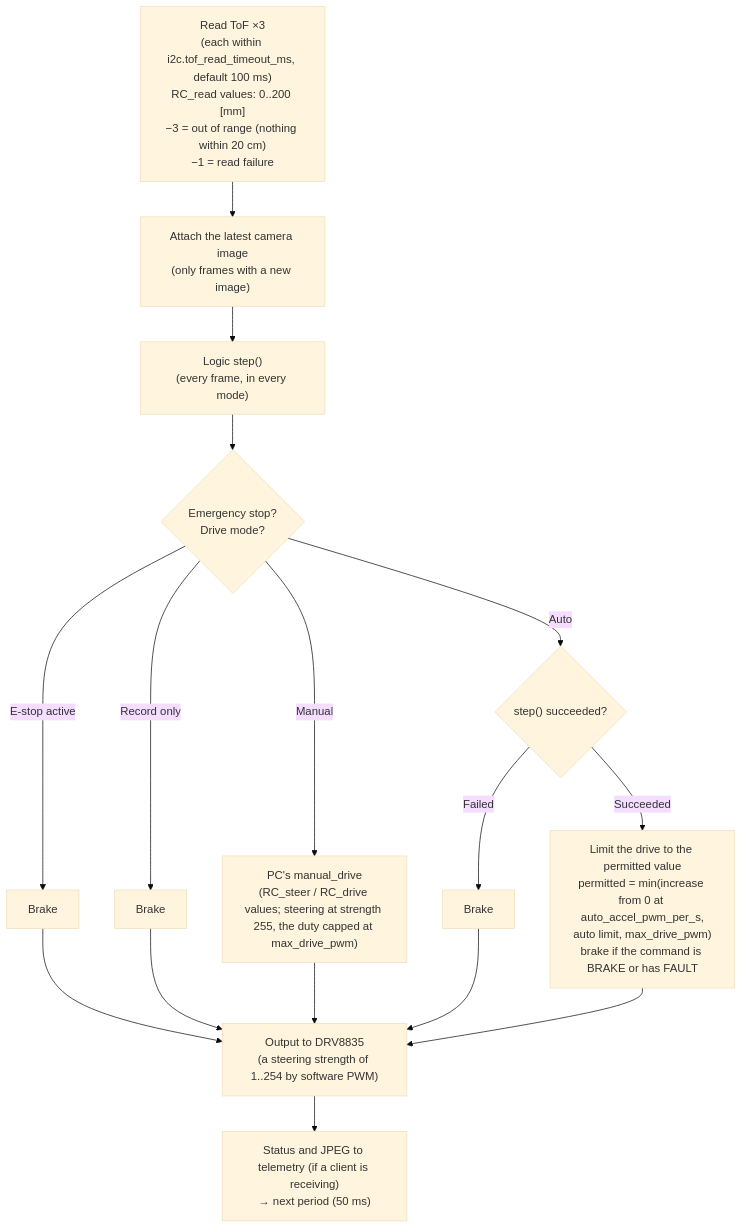
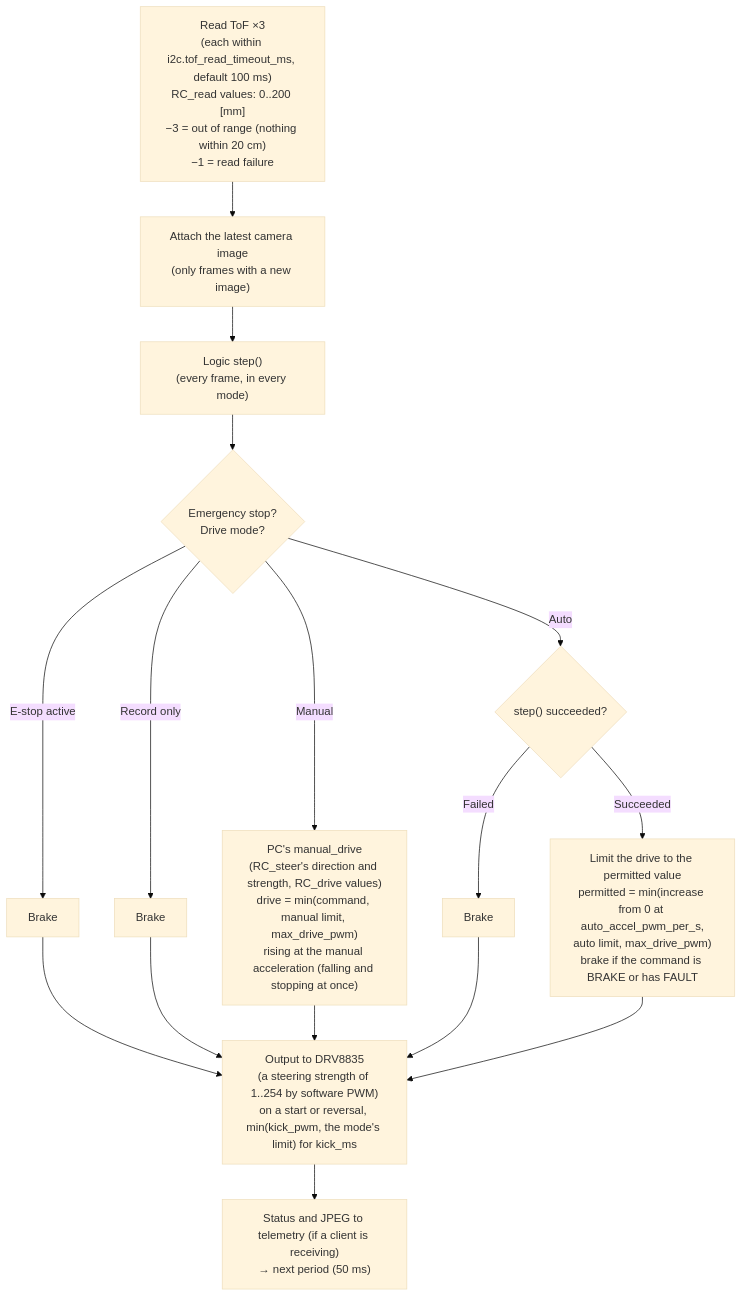
One commit to RumiCar-group/RumiCar-Zero2Cam changed the diagram in docs/figures/en/10-frame.mmd. Above: the diagram before and after it, drawn with Mermaid (base theme). The commit also changed 6 other files, not shown here.

First line of the commit message:
文書：README（日英）・仕様書 第20版・設計の記録 第22版、判断の優先順位の説明、図 2 の更新（0.6.0）

```diff
--- a/docs/figures/en/10-frame.mmd
+++ b/docs/figures/en/10-frame.mmd
@@ -1,16 +1,16 @@
 flowchart TD
     A["Read ToF ×3<br/>(each within i2c.tof_read_timeout_ms, default 100 ms)<br/>RC_read values: 0..200 [mm]<br/>−3 = out of range (nothing within 20 cm)<br/>−1 = read failure"] --> B["Attach the latest camera image<br/>(only frames with a new image)"]
     B --> C["Logic step()<br/>(every frame, in every mode)"]
     C --> E{"Emergency stop?<br/>Drive mode?"}
     E -->|"E-stop active"| B1["Brake"]
     E -->|"Record only"| B2["Brake"]
-    E -->|"Manual"| H["PC's manual_drive<br/>(RC_steer / RC_drive values; steering at strength 255, the duty capped at max_drive_pwm)"]
+    E -->|"Manual"| H["PC's manual_drive<br/>(RC_steer's direction and strength, RC_drive values)<br/>drive = min(command, manual limit, max_drive_pwm)<br/>rising at the manual acceleration (falling and stopping at once)"]
     E -->|"Auto"| F{"step() succeeded?"}
     F -->|"Failed"| B3["Brake"]
     F -->|"Succeeded"| G["Limit the drive to the permitted value<br/>permitted = min(increase from 0 at auto_accel_pwm_per_s,<br/>auto limit, max_drive_pwm)<br/>brake if the command is BRAKE or has FAULT"]
-    B1 --> MO["Output to DRV8835<br/>(a steering strength of 1..254 by software PWM)"]
+    B1 --> MO["Output to DRV8835<br/>(a steering strength of 1..254 by software PWM)<br/>on a start or reversal, min(kick_pwm, the mode's limit) for kick_ms"]
     B2 --> MO
     B3 --> MO
     H --> MO
     G --> MO
     MO --> T["Status and JPEG to telemetry (if a client is receiving)<br/>→ next period (50 ms)"]
```
